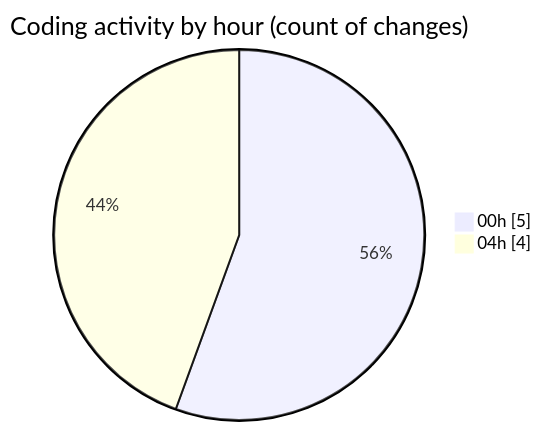
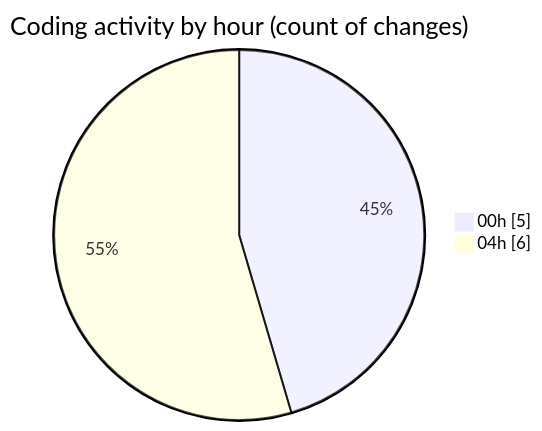
The second of 2 diagrams in 2025-03-28/autodidak/README.md (idhammustaqopulfikri/code-tracking), drawn with Mermaid before and after one commit. The commit also changed other lines of this file and 1 other file, not shown here.

````diff
--- a/2025-03-28/autodidak/README.md
+++ b/2025-03-28/autodidak/README.md
@@ -32,6 +32,6 @@
 ```mermaid
 pie showData
 title Coding activity by hour (count of changes)
 "00h" : 5
-"04h" : 4
+"04h" : 6
 ```
````
